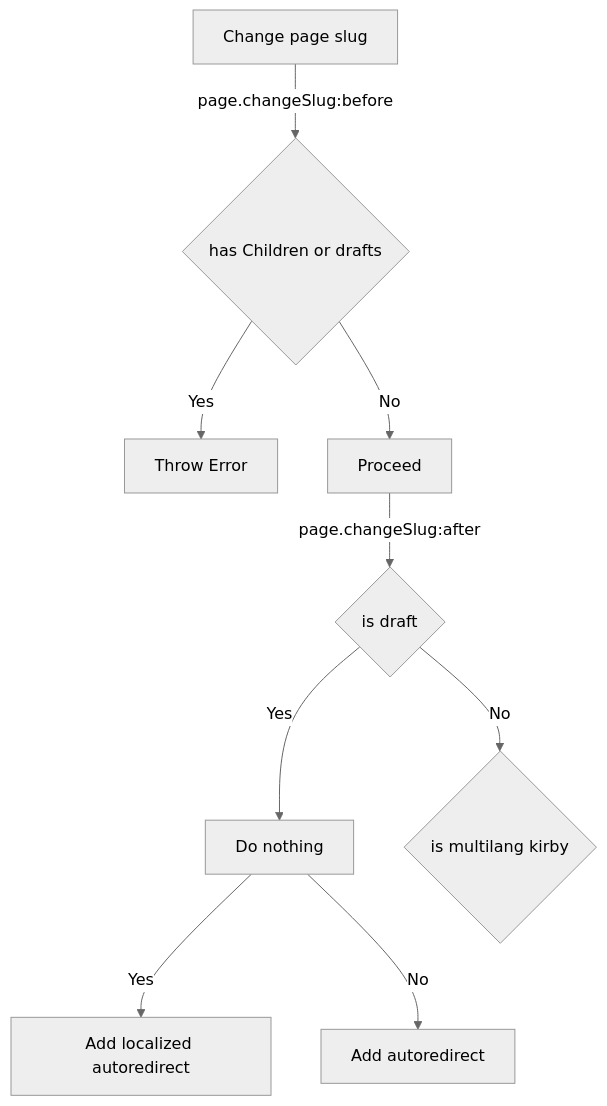
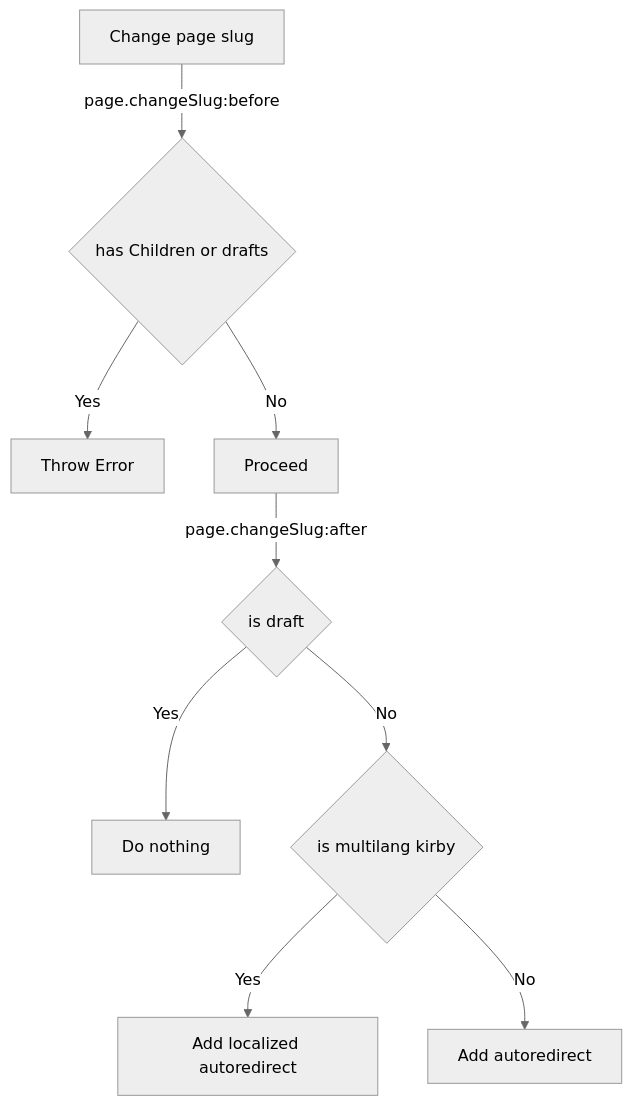
Before and after one commit to bvdputte/kirby-redirects: the second of 5 diagrams in readme.md, drawn with Mermaid (neutral theme).

````diff
--- a/readme.md
+++ b/readme.md
@@ -82,13 +82,13 @@
 ```mermaid
 graph TD
     A[Change page slug] -->|page.changeSlug:before| B
     B{has Children or drafts}
     B --> |Yes| C[Throw Error]
     B --> |No| D[Proceed]
     D -->|page.changeSlug:after| E
     E{is draft}
     E -->|Yes| F[Do nothing]
     E -->|No| G{is multilang kirby}
-    F -->|Yes| H[Add localized autoredirect]
-    F -->|No| I[Add autoredirect]
+    G -->|Yes| H[Add localized autoredirect]
+    G -->|No| I[Add autoredirect]
 ```
````
